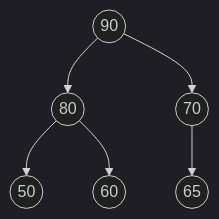
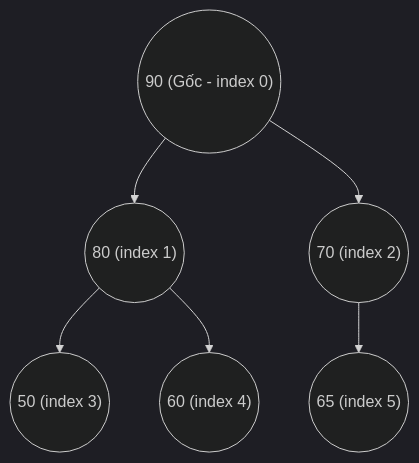
The first of 3 diagrams in docs/lessons/heap.md (FPTOJ-OJ/fptoj_wiki), drawn with Mermaid (dark theme) before and after one commit. The commit also changed other lines of this file and 377 other files, not shown here.

````diff
--- a/docs/lessons/heap.md
+++ b/docs/lessons/heap.md
@@ -49,8 +85,8 @@
 ```mermaid
 graph TD
-    90(("90")) --> 80(("80"))
-    90(("90")) --> 70(("70"))
-    80(("80")) --> 50(("50"))
-    80(("80")) --> 60(("60"))
-    70(("70")) --> 65(("65"))
+    90(("90 (Gốc - index 0)")) --> 80(("80 (index 1)"))
+    90 --> 70(("70 (index 2)"))
+    80 --> 50(("50 (index 3)"))
+    80 --> 60(("60 (index 4)"))
+    70 --> 65(("65 (index 5)"))
 ```
````
